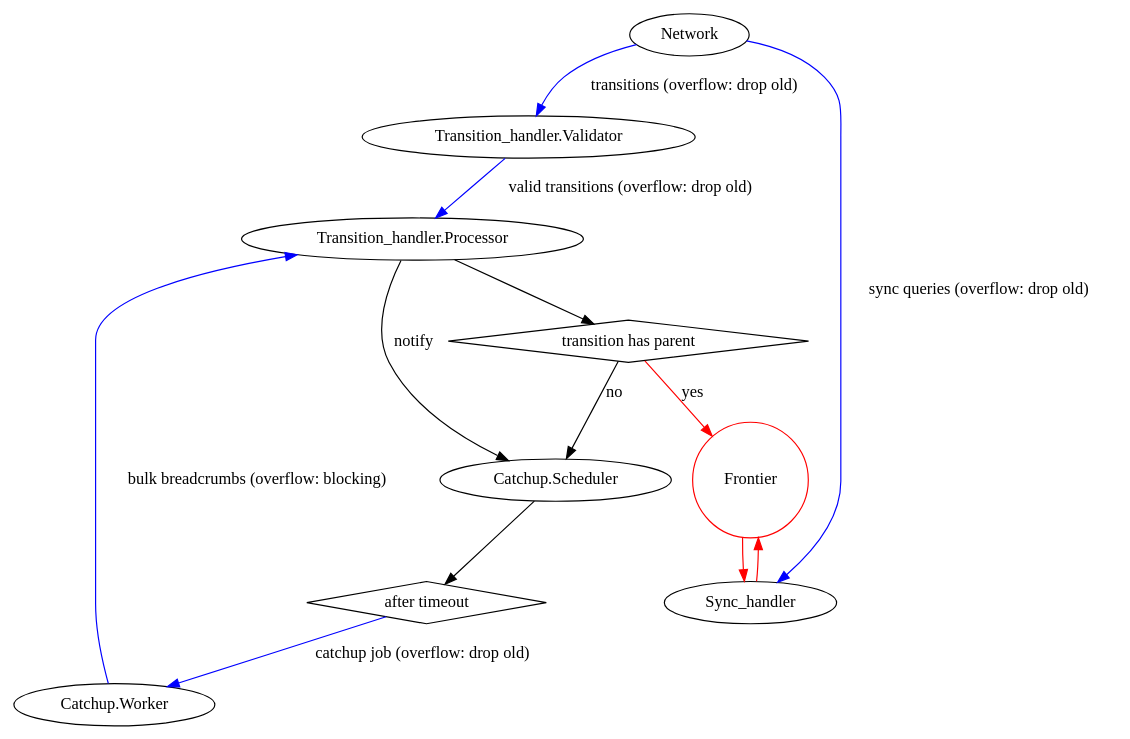
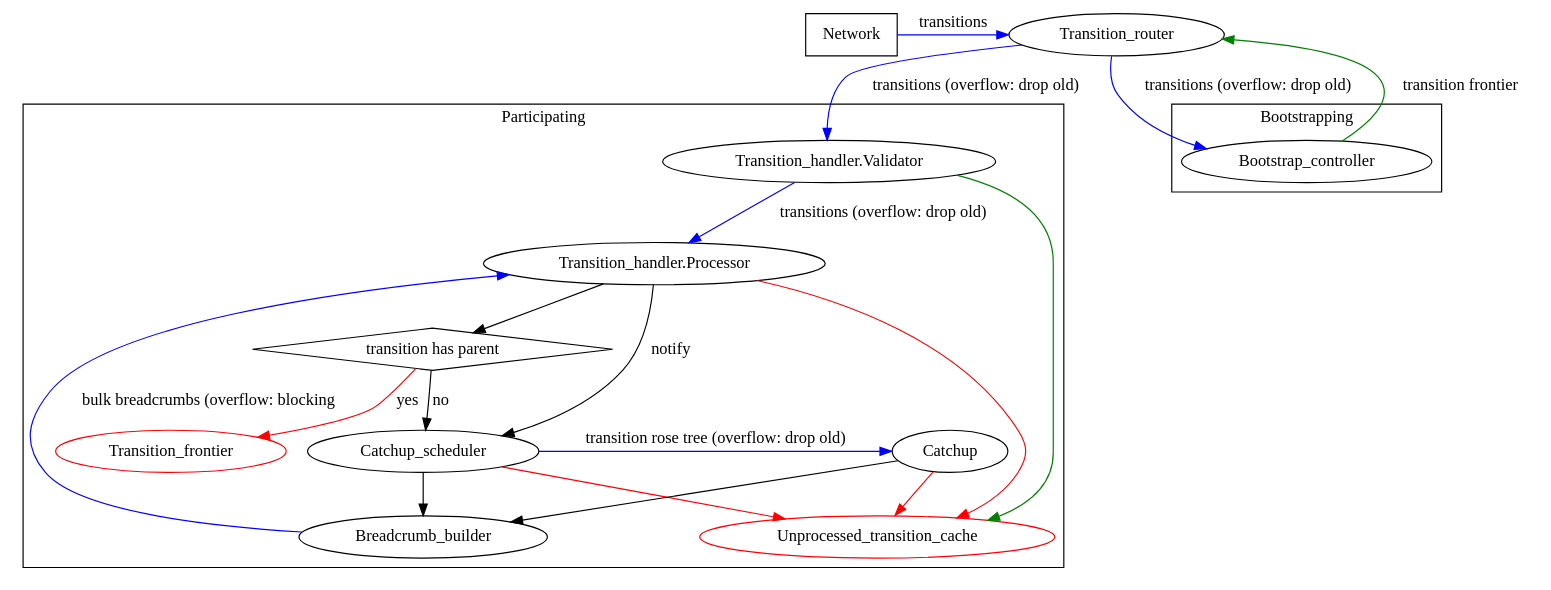
Before and after one commit to MinaProtocol/mina: the diagram in docs/res/transition_frontier_controller.dot, drawn with Graphviz. The commit also changed 1 other file, not shown here.

Commit message:
Update transition frontier diagram

```diff
--- a/docs/res/transition_frontier_controller.dot
+++ b/docs/res/transition_frontier_controller.dot
@@ -1,22 +1,50 @@
 digraph G {
   // rankdir=LR;
+  newrank=true;
 
-  Network -> "Transition_handler.Validator" [label="transitions (overflow: drop old)",color=blue];
-  Network -> Sync_handler [label="sync queries (overflow: drop old)",color=blue];
+  Network [shape=box];
+  {Network; Transition_router; rank=source};
 
-  "transition has parent" [shape=diamond];
-  "Transition_handler.Validator" -> "Transition_handler.Processor" [label="valid transitions (overflow: drop old)",color=blue];
+  subgraph cluster_participating {
+    label="Participating";
+    "Transition_handler.Validator";
+    "Transition_handler.Processor";
+    "transition has parent" [shape=diamond];
+    {Catchup_scheduler; Catchup; rank=same};
+    Breadcrumb_builder;
+    Unprocessed_transition_cache [color=red];
+    Transition_frontier [color=red];
+  }
+
+  subgraph cluster_bootstrapping {
+    label="Bootstrapping";
+    Bootstrap_controller;
+  }
+
+  {"Transition_handler.Validator"; Bootstrap_controller; rank=same};
+
+  Network -> Transition_router [label="transitions",color=blue];
+  Transition_router -> {"Transition_handler.Validator", Bootstrap_controller}
+    [label="transitions (overflow: drop old)",color=blue];
+
+  Bootstrap_controller -> Transition_router [label="transition frontier",color=green];
+
+  "Transition_handler.Validator" -> "Transition_handler.Processor"
+    [label="transitions (overflow: drop old)",color=blue];
   "Transition_handler.Processor" -> "transition has parent";
-  "transition has parent" -> Frontier [label="yes",color=red];
-  "transition has parent" -> "Catchup.Scheduler" [label="no"];
-  "Transition_handler.Processor" -> "Catchup.Scheduler" [label="notify"];
+  "Transition_handler.Processor" -> Catchup_scheduler [label="notify"];
+  "transition has parent" -> Transition_frontier [label="yes",color=red];
+  "transition has parent" -> Catchup_scheduler [label="no"];
 
-  "after timeout" [shape=diamond];
-  "Catchup.Scheduler" -> "after timeout";
-  "after timeout" -> "Catchup.Worker" [label="catchup job (overflow: drop old)",color=blue];
-  "Catchup.Worker" -> "Transition_handler.Processor" [label="bulk breadcrumbs (overflow: blocking)",color=blue];
+  {Catchup_scheduler, Catchup} -> Breadcrumb_builder;
+  Catchup_scheduler -> Catchup [label="transition rose tree (overflow: drop old)",color=blue];
+  Breadcrumb_builder -> "Transition_handler.Processor" [label="bulk breadcrumbs (overflow: blocking",color=blue];
 
-  Frontier [shape=circle,color=red];
-  Frontier -> Sync_handler [color=red];
-  Sync_handler -> Frontier [color=red];
+  // {Catchup_scheduler, Catchup} -> "Transition_handler.Processor" [label="bulk breadcrumbs (overflow: blocking)",color=blue];
+  // Catchup_scheduler -> Catchup [label="transition rose tree (overflow: drop old)",color=blue];
+
+  "Transition_handler.Validator" -> Unprocessed_transition_cache [color=green];
+  "Transition_handler.Processor" -> Unprocessed_transition_cache [color=red];
+  Catchup_scheduler -> Unprocessed_transition_cache [color=red];
+  Catchup -> Unprocessed_transition_cache [color=red];
 }
```
